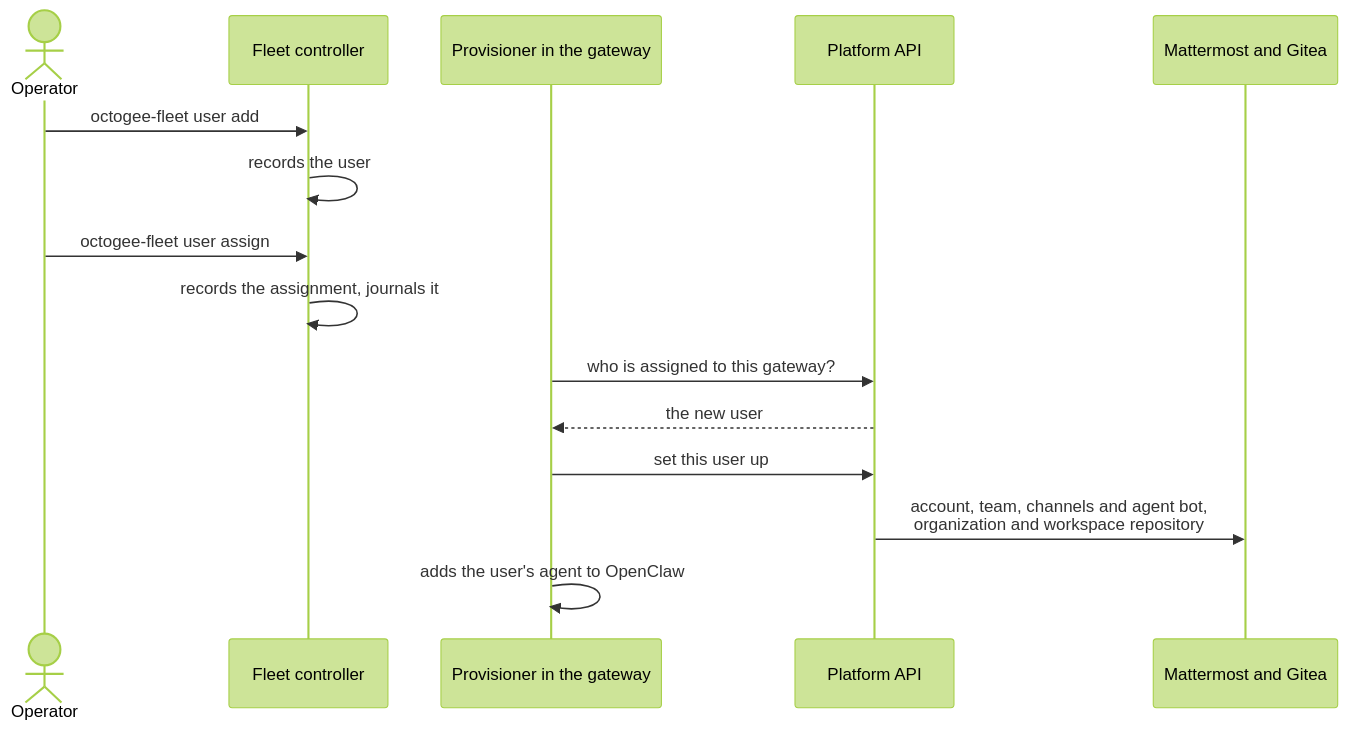
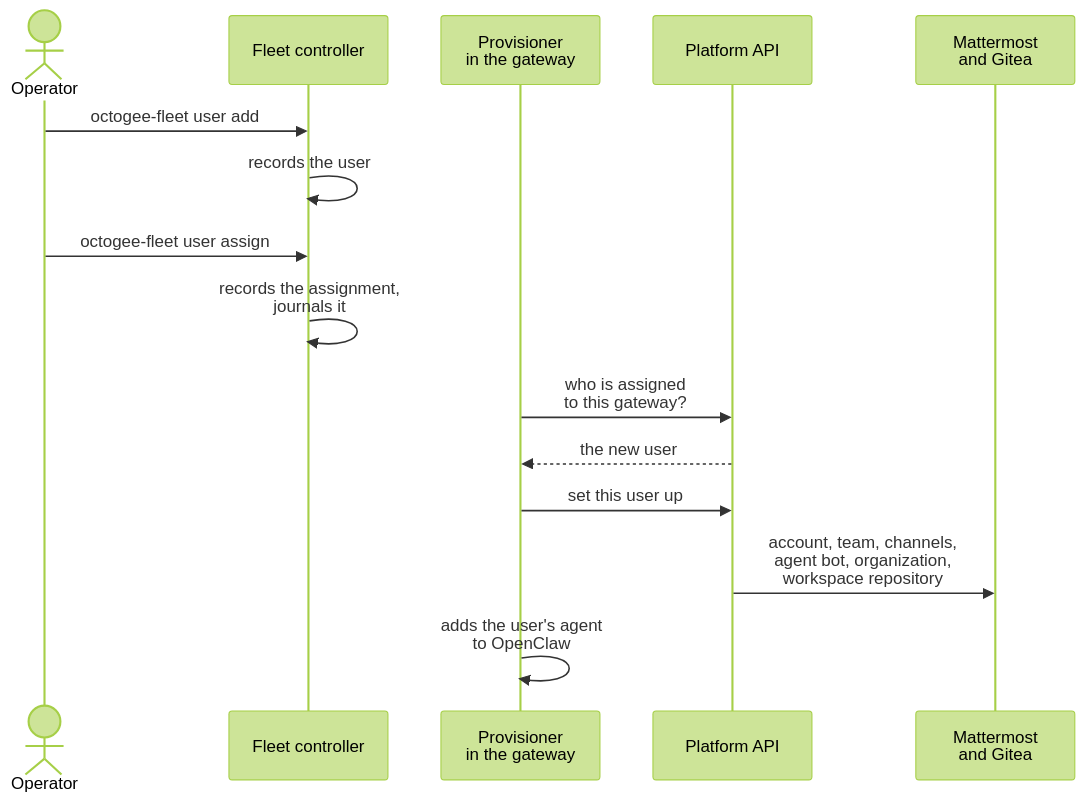
One commit to octogee-ai/octogee-cloud changed the fourth of 5 diagrams in README.md. Above: the diagram before and after it, drawn with Mermaid (forest theme). The commit also changed other lines of this file, not shown here.

First line of the commit message:
Make the README diagrams narrower

````diff
--- a/README.md
+++ b/README.md
@@ -182,18 +181,18 @@
 ```mermaid
 sequenceDiagram
   actor Operator
   participant Controller as Fleet controller
-  participant Provisioner as Provisioner in the gateway
+  participant Provisioner as Provisioner<br/>in the gateway
   participant API as Platform API
-  participant Hosts as Mattermost and Gitea
+  participant Hosts as Mattermost<br/>and Gitea
 
   Operator->>Controller: octogee-fleet user add
   Controller->>Controller: records the user
   Operator->>Controller: octogee-fleet user assign
-  Controller->>Controller: records the assignment, journals it
-  Provisioner->>API: who is assigned to this gateway?
+  Controller->>Controller: records the assignment,<br/>journals it
+  Provisioner->>API: who is assigned<br/>to this gateway?
   API-->>Provisioner: the new user
   Provisioner->>API: set this user up
-  API->>Hosts: account, team, channels and agent bot,<br/>organization and workspace repository
-  Provisioner->>Provisioner: adds the user's agent to OpenClaw
+  API->>Hosts: account, team, channels,<br/>agent bot, organization,<br/>workspace repository
+  Provisioner->>Provisioner: adds the user's agent<br/>to OpenClaw
 ```
````
